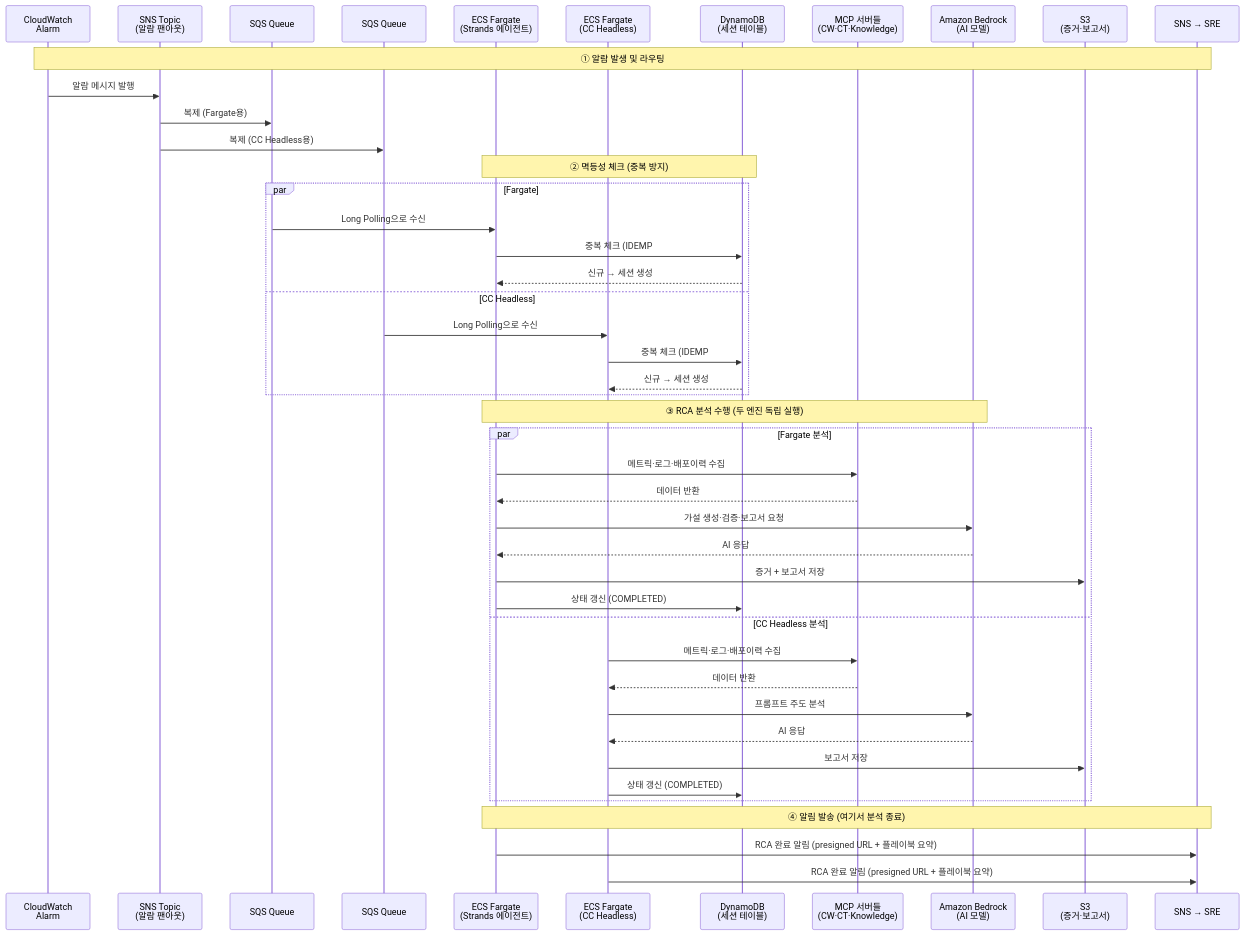
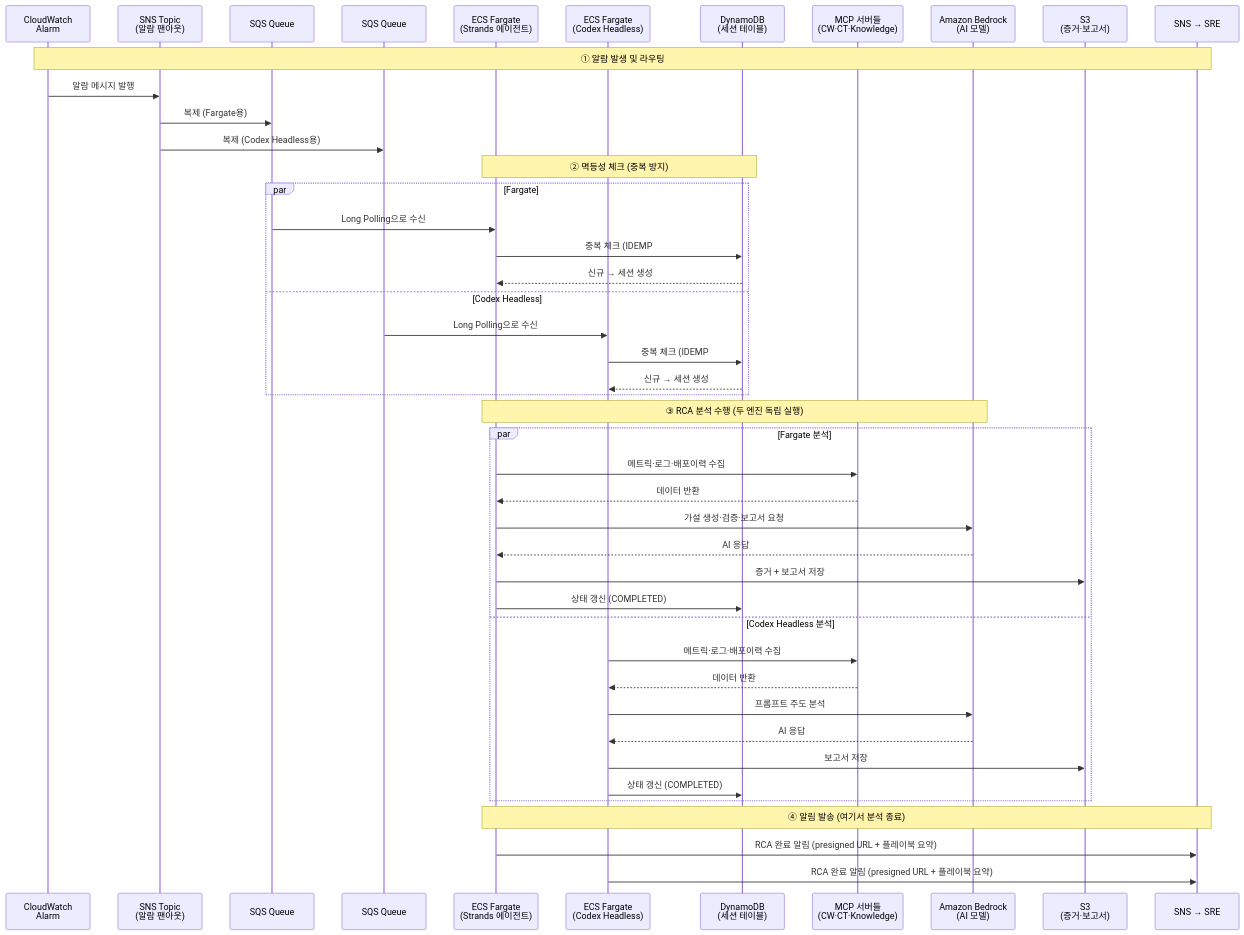
Before and after one commit to haandol/rca-agent: the fourth of 25 diagrams in docs/system-guide-for-ops.md, drawn with Mermaid. The commit also changed other lines of this file and 306 other files, not shown here.

Commit message:
feat: replace headless CC with Codex on Bedrock

````diff
--- a/docs/system-guide-for-ops.md
+++ b/docs/system-guide-for-ops.md
@@ -256,51 +256,51 @@
 ```mermaid
 sequenceDiagram
     participant CW as CloudWatch<br/>Alarm
     participant SNS as SNS Topic<br/>(알람 팬아웃)
     participant SQS1 as SQS Queue #1<br/>(Fargate용)
-    participant SQS2 as SQS Queue #2<br/>(CC Headless용)
+    participant SQS2 as SQS Queue #2<br/>(Codex Headless용)
     participant ECS as ECS Fargate<br/>(Strands 에이전트)
-    participant CCH as ECS Fargate<br/>(CC Headless)
+    participant CCH as ECS Fargate<br/>(Codex Headless)
     participant DDB as DynamoDB<br/>(세션 테이블)
     participant MCP as MCP 서버들<br/>(CW·CT·Knowledge)
     participant BED as Amazon Bedrock<br/>(AI 모델)
     participant S3 as S3<br/>(증거·보고서)
     participant NOTIFY as SNS → SRE
 
     Note over CW,NOTIFY: ① 알람 발생 및 라우팅
     CW->>SNS: 알람 메시지 발행
     SNS->>SQS1: 복제 (Fargate용)
-    SNS->>SQS2: 복제 (CC Headless용)
+    SNS->>SQS2: 복제 (Codex Headless용)
 
     Note over ECS,DDB: ② 멱등성 체크 (중복 방지)
     par Fargate
         SQS1->>ECS: Long Polling으로 수신
         ECS->>DDB: 중복 체크 (IDEMP# 키)
         DDB-->>ECS: 신규 → 세션 생성
-    and CC Headless
+    and Codex Headless
         SQS2->>CCH: Long Polling으로 수신
         CCH->>DDB: 중복 체크 (IDEMP# 키)
         DDB-->>CCH: 신규 → 세션 생성
     end
 
     Note over ECS,BED: ③ RCA 분석 수행 (두 엔진 독립 실행)
     par Fargate 분석
         ECS->>MCP: 메트릭·로그·배포이력 수집
         MCP-->>ECS: 데이터 반환
         ECS->>BED: 가설 생성·검증·보고서 요청
         BED-->>ECS: AI 응답
         ECS->>S3: 증거 + 보고서 저장
         ECS->>DDB: 상태 갱신 (COMPLETED)
-    and CC Headless 분석
+    and Codex Headless 분석
         CCH->>MCP: 메트릭·로그·배포이력 수집
         MCP-->>CCH: 데이터 반환
         CCH->>BED: 프롬프트 주도 분석
         BED-->>CCH: AI 응답
         CCH->>S3: 보고서 저장
         CCH->>DDB: 상태 갱신 (COMPLETED)
     end
 
     Note over ECS,NOTIFY: ④ 알림 발송 (여기서 분석 종료)
     ECS->>NOTIFY: RCA 완료 알림 (presigned URL + 플레이북 요약)
     CCH->>NOTIFY: RCA 완료 알림 (presigned URL + 플레이북 요약)
 ```
````
